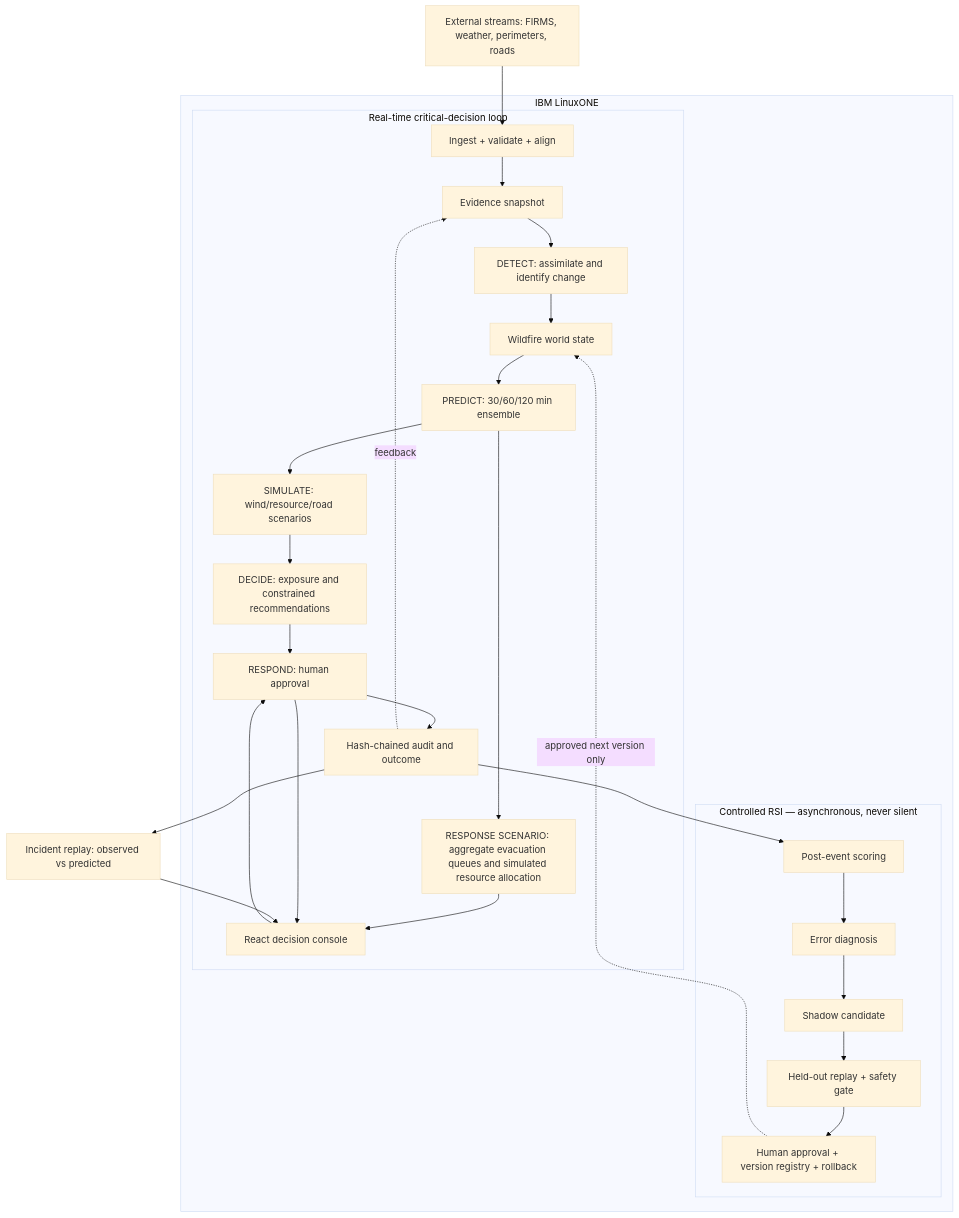
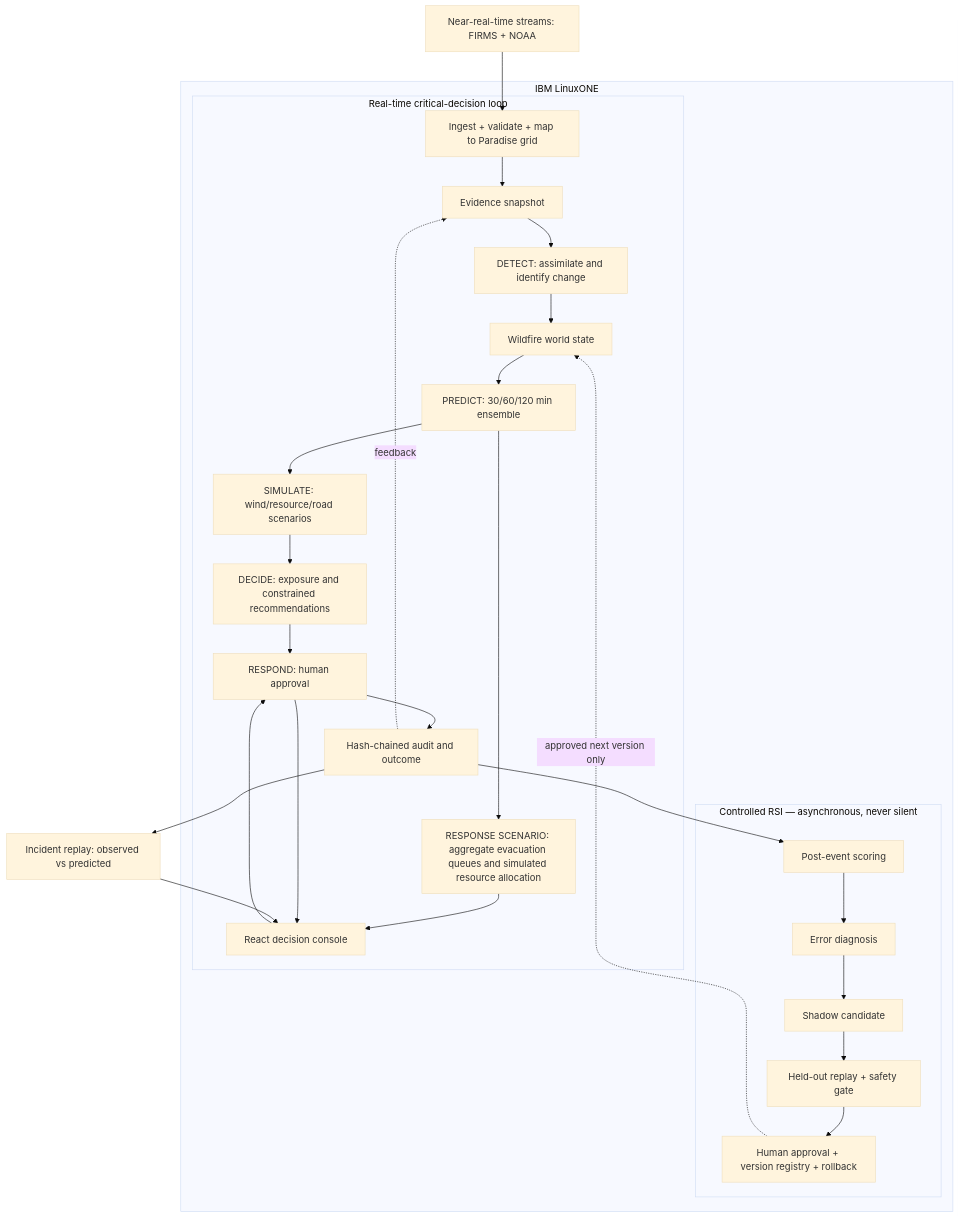
The diagram in docs/ARCHITECTURE.md (TenetJustin/CityShield), drawn with Mermaid (base theme) before and after one commit. The commit also changed other lines of this file and 12 other files, not shown here.

````diff
--- a/docs/ARCHITECTURE.md
+++ b/docs/ARCHITECTURE.md
@@ -5,35 +5,35 @@
 ```mermaid
 flowchart TB
-  S[External streams: FIRMS, weather, perimeters, roads] --> I
+  S[Near-real-time streams: FIRMS + NOAA] --> I
 
   subgraph L[IBM LinuxONE]
     subgraph RT[Real-time critical-decision loop]
-      I[Ingest + validate + align] --> O[Evidence snapshot]
+      I[Ingest + validate + map to Paradise grid] --> O[Evidence snapshot]
       O --> D[DETECT: assimilate and identify change]
       D --> W[Wildfire world state]
       W --> P[PREDICT: 30/60/120 min ensemble]
       P --> X[SIMULATE: wind/resource/road scenarios]
       P --> Q[RESPONSE SCENARIO: aggregate evacuation queues and simulated resource allocation]
       X --> C[DECIDE: exposure and constrained recommendations]
       Q --> UI
       C --> H[RESPOND: human approval]
       H --> A[Hash-chained audit and outcome]
       A -. feedback .-> O
     end
 
     subgraph RSI[Controlled RSI — asynchronous, never silent]
       E[Post-event scoring] --> G[Error diagnosis]
       G --> K[Shadow candidate]
       K --> B[Held-out replay + safety gate]
       B --> V[Human approval + version registry + rollback]
     end
 
     A --> E
     V -. approved next version only .-> W
   end
 
   H --> UI[React decision console]
   UI --> H
   A --> R[Incident replay: observed vs predicted]
   R --> UI
 ```
````
